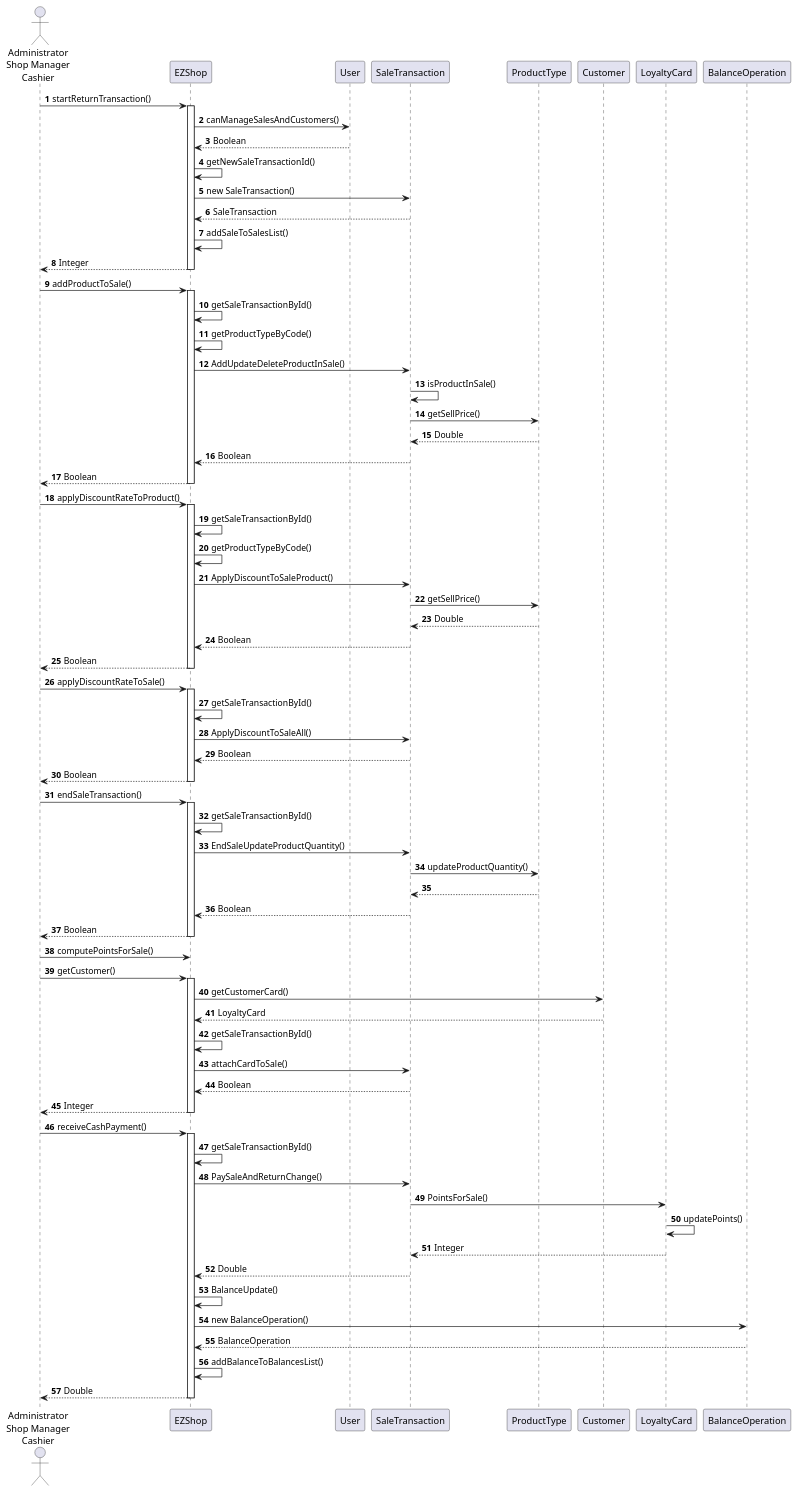
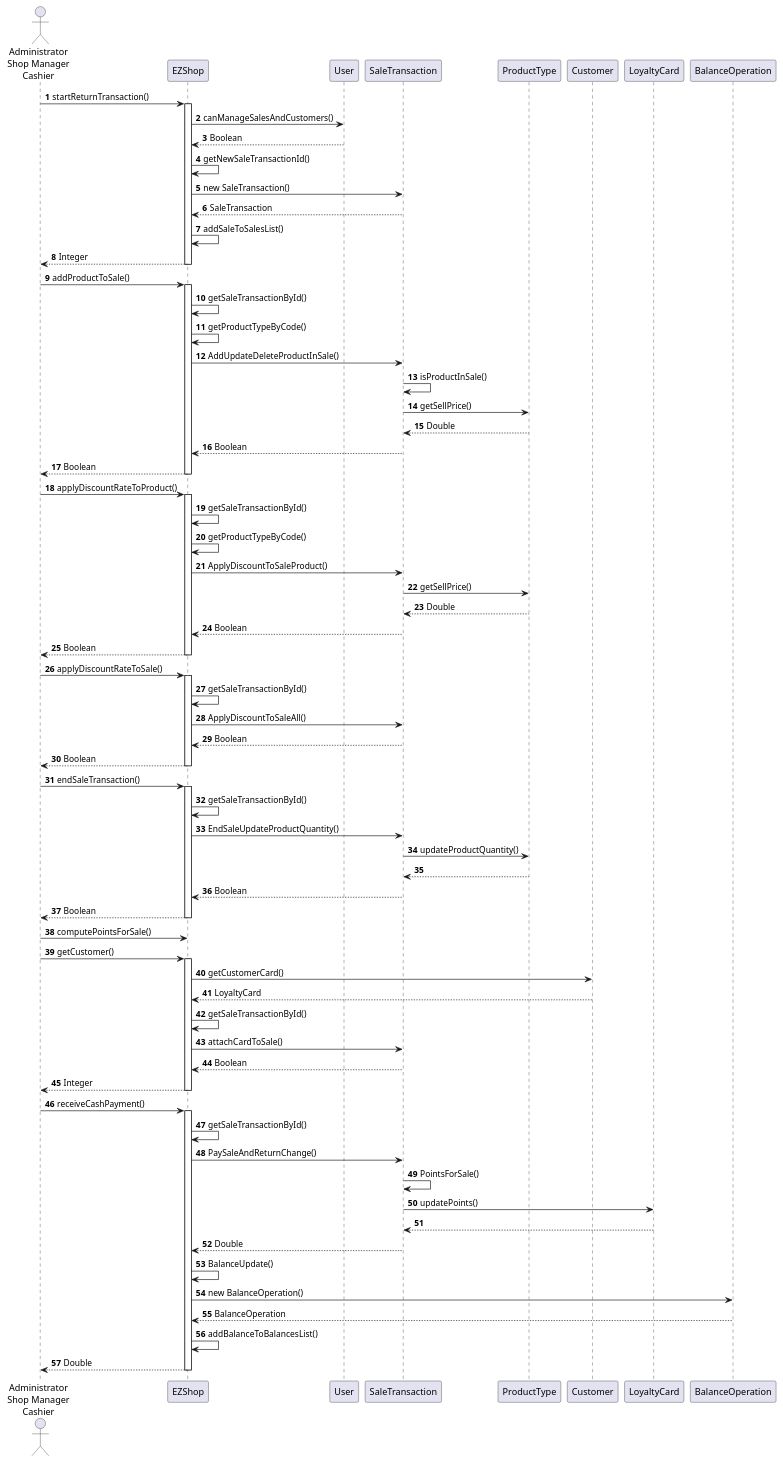
One commit to gioele-scaletta/EZShop-Software-Engineering-Project changed diagram 13 of 20 in Deliverables/DesignDocument.md. Above: the diagram before and after it, drawn with PlantUML. The commit also changed other lines of this file, not shown here.

Commit message:
29_04_call_fixes_1.1

````diff
--- a/Deliverables/DesignDocument.md
+++ b/Deliverables/DesignDocument.md
@@ -410,4 +410,5 @@
 ```plantuml
+scale 0.98
 
 actor "Administrator\nShop Manager\nCashier" as user
 
@@ -473,7 +474,7 @@
 user <-- EZShop : Boolean
 deactivate EZShop
 
-user -> EZShop : computePointsForSale()
+user -> EZShop : computePointsForSale() 
 user -> EZShop : getCustomer()
 activate  EZShop
 'EZShop -> User : canManageSalesAndCustomers()
@@ -493,9 +494,9 @@
 'EZShop <-- User : Boolean
 EZShop -> EZShop : getSaleTransactionById()
 EZShop -> SaleTransaction : PaySaleAndReturnChange()
-SaleTransaction -> LoyaltyCard : PointsForSale()
-LoyaltyCard-> LoyaltyCard : updatePoints()
-SaleTransaction <-- LoyaltyCard : Integer
+SaleTransaction -> SaleTransaction : PointsForSale()
+SaleTransaction -> LoyaltyCard : updatePoints()
+SaleTransaction <-- LoyaltyCard
 EZShop <-- SaleTransaction : Double
 EZShop -> EZShop : BalanceUpdate()
 EZShop -> BalanceOperation : new BalanceOperation()
````
